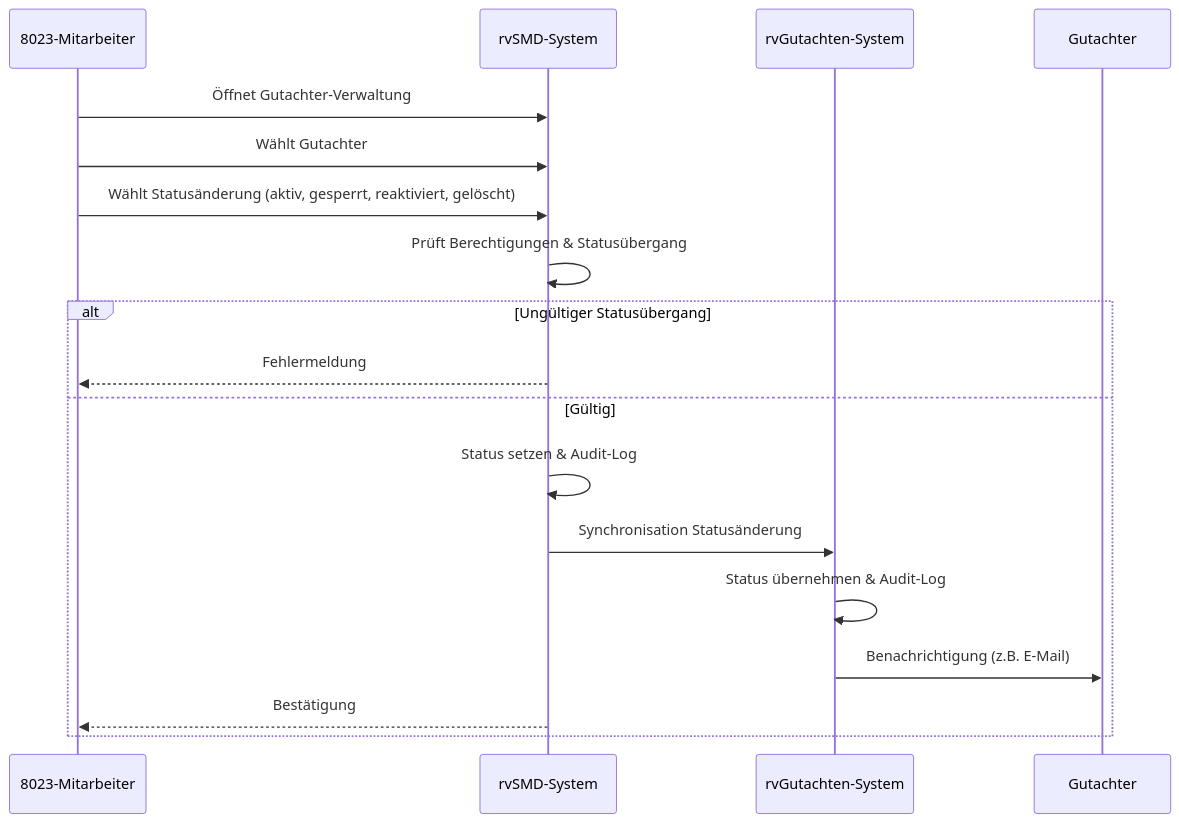
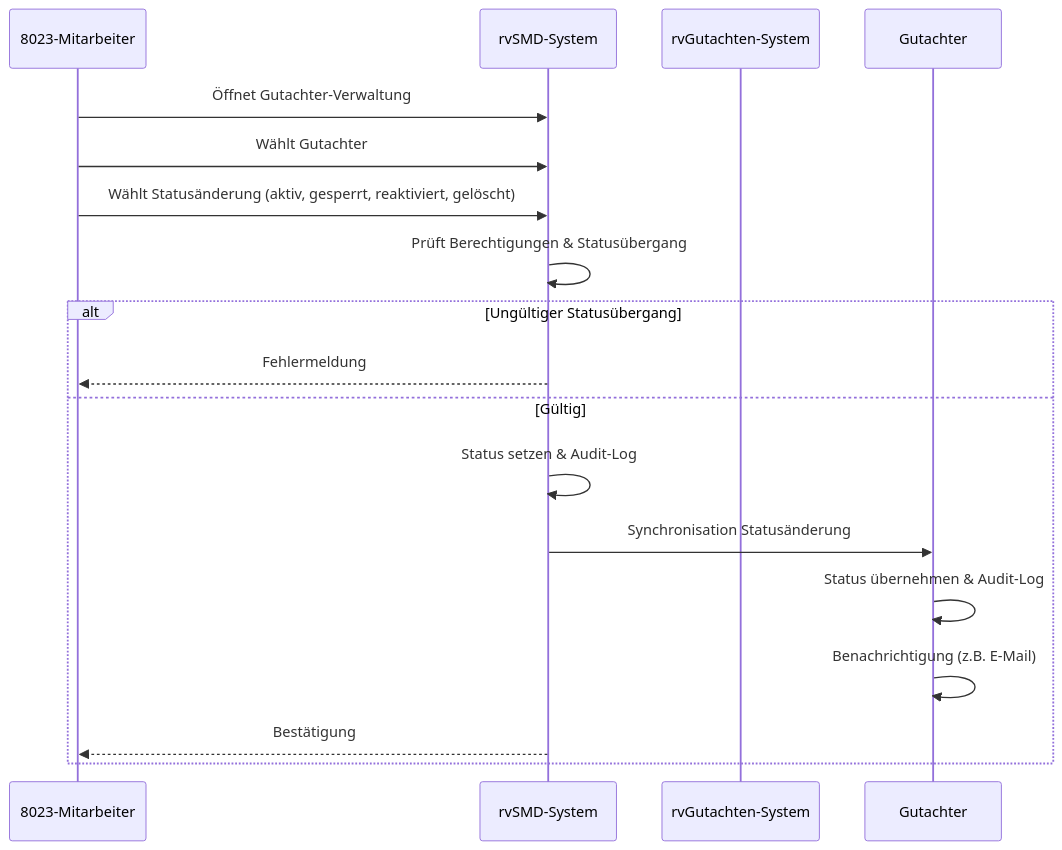
The diagram in docs/UseCases/mermaid/UC-11_Statusaenderung-Gutachter.mmd (megadur/QARvGut), drawn with Mermaid before and after one commit. The commit also changed 11 other files, not shown here.

First line of the commit message:
docs: Standardize participant abbreviations and add leading zeros to all UC diagrams

````diff
--- a/docs/UseCases/mermaid/UC-11_Statusaenderung-Gutachter.mmd
+++ b/docs/UseCases/mermaid/UC-11_Statusaenderung-Gutachter.mmd
@@ -1,21 +1,21 @@
 ```mermaid
 sequenceDiagram
-    participant M as 8023-Mitarbeiter
+    participant DRV as 8023-Mitarbeiter
     participant SMD as rvSMD-System
-    participant GUT as rvGutachten-System
-    participant G as Gutachter
+    participant RVG as rvGutachten-System
+    participant GUT as Gutachter
 
-    M->>SMD: Öffnet Gutachter-Verwaltung
-    M->>SMD: Wählt Gutachter
-    M->>SMD: Wählt Statusänderung (aktiv, gesperrt, reaktiviert, gelöscht)
+    DRV->>SMD: Öffnet Gutachter-Verwaltung
+    DRV->>SMD: Wählt Gutachter
+    DRV->>SMD: Wählt Statusänderung (aktiv, gesperrt, reaktiviert, gelöscht)
     SMD->>SMD: Prüft Berechtigungen & Statusübergang
     alt Ungültiger Statusübergang
-        SMD-->>M: Fehlermeldung
+        SMD-->>DRV: Fehlermeldung
     else Gültig
         SMD->>SMD: Status setzen & Audit-Log
         SMD->>GUT: Synchronisation Statusänderung
         GUT->>GUT: Status übernehmen & Audit-Log
-        GUT->>G: Benachrichtigung (z.B. E-Mail)
-        SMD-->>M: Bestätigung
+        GUT->>GUT: Benachrichtigung (z.B. E-Mail)
+        SMD-->>DRV: Bestätigung
     end
 ```
````
